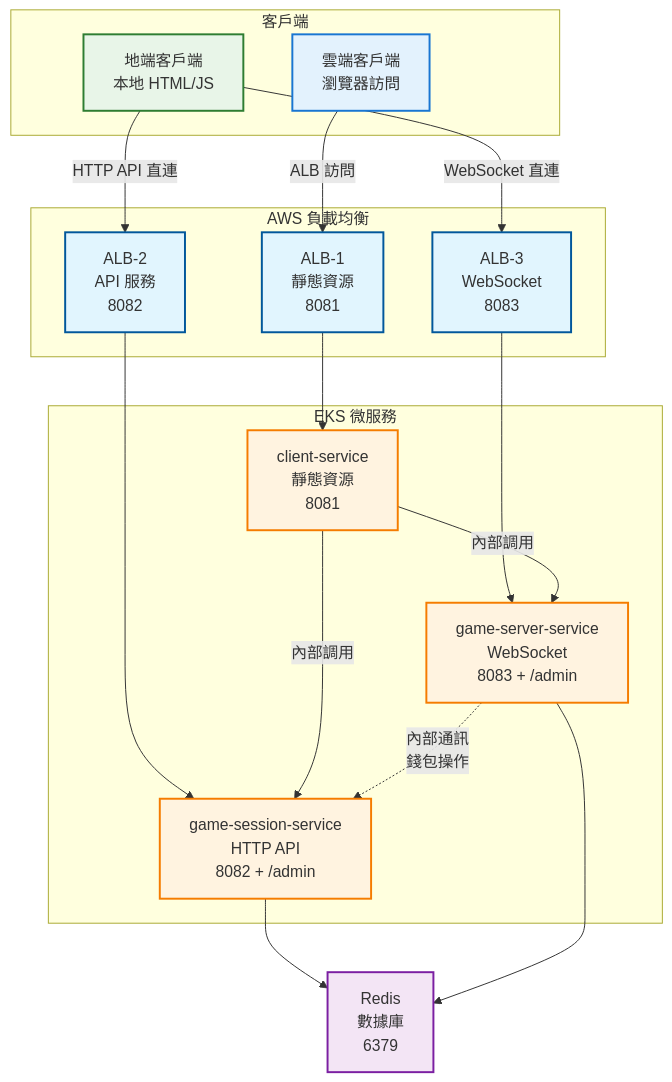
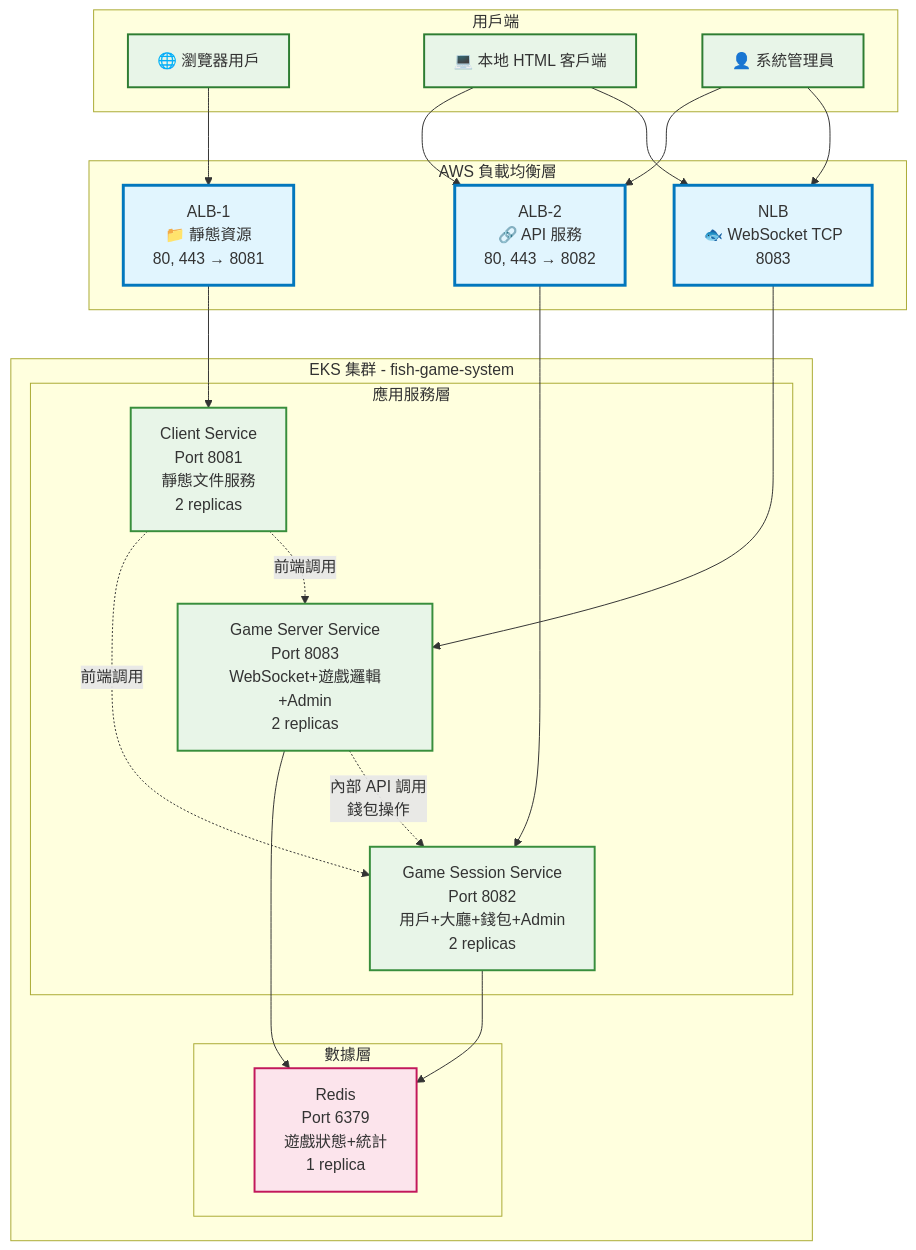
The diagram in README.md (hoycdanny/fish-machine-workshop), drawn with Mermaid before and after one commit. The commit also changed other lines of this file and 27 other files, not shown here.

````diff
--- a/README.md
+++ b/README.md
@@ -20,50 +47,53 @@
 ```mermaid
 graph TB
-    subgraph Client["客戶端"]
-        LocalClient["地端客戶端<br/>本地 HTML/JS"]
-        CloudClient["雲端客戶端<br/>瀏覽器訪問"]
+    subgraph "用戶端"
+        Browser["🌐 瀏覽器用戶"]
+        LocalHTML["💻 本地 HTML 客戶端"]
+        Admin["👤 系統管理員"]
     end
     
-    subgraph "AWS 負載均衡"
-        ALB1["ALB-1<br/>靜態資源<br/>8081"]
-        ALB2["ALB-2<br/>API 服務<br/>8082"]
-        ALB3["ALB-3<br/>WebSocket<br/>8083"]
+    subgraph "AWS 負載均衡層"
+        ALB1["ALB-1<br/>📁 靜態資源<br/>80, 443 → 8081"]
+        ALB2["ALB-2<br/>🔗 API 服務<br/>80, 443 → 8082"]
+        NLB["NLB<br/>🐟 WebSocket TCP<br/>8083"]
     end
     
-    subgraph "EKS 微服務"
-        ClientService["client-service<br/>靜態資源<br/>8081"]
-        GameSessionService["game-session-service<br/>HTTP API<br/>8082 + /admin"]
-        GameServerService["game-server-service<br/>WebSocket<br/>8083 + /admin"]
+    subgraph "EKS 集群 - fish-game-system"
+        subgraph "應用服務層"
+            ClientSvc["Client Service<br/>Port 8081<br/>靜態文件服務<br/>2 replicas"]
+            SessionSvc["Game Session Service<br/>Port 8082<br/>用戶+大廳+錢包+Admin<br/>2 replicas"]
+            ServerSvc["Game Server Service<br/>Port 8083<br/>WebSocket+遊戲邏輯+Admin<br/>2 replicas"]
+        end
+        
+        subgraph "數據層"
+            Redis["Redis<br/>Port 6379<br/>遊戲狀態+統計<br/>1 replica"]
+        end
     end
     
-    Redis["Redis<br/>數據庫<br/>6379"]
+    Browser --> ALB1
+    LocalHTML --> ALB2
+    LocalHTML --> NLB
+    Admin --> ALB2
+    Admin --> NLB
     
-    LocalClient -->|HTTP API 直連| ALB2
-    LocalClient -->|WebSocket 直連| ALB3
+    ALB1 --> ClientSvc
+    ALB2 --> SessionSvc
+    NLB --> ServerSvc
     
-    CloudClient -->|ALB 訪問| ALB1
+    ClientSvc -.->|前端調用| SessionSvc
+    ClientSvc -.->|前端調用| ServerSvc
     
-    ALB1 --> ClientService
-    ALB2 --> GameSessionService
-    ALB3 --> GameServerService
+    SessionSvc --> Redis
+    ServerSvc --> Redis
+    ServerSvc -.->|內部 API 調用<br/>錢包操作| SessionSvc
     
-    ClientService -->|內部調用| GameSessionService
-    ClientService -->|內部調用| GameServerService
+    classDef clientStyle fill:#e8f5e8,stroke:#2e7d32,stroke-width:2px
+    classDef lbStyle fill:#e1f5fe,stroke:#0277bd,stroke-width:3px
+    classDef serviceStyle fill:#e8f5e8,stroke:#388e3c,stroke-width:2px
+    classDef dataStyle fill:#fce4ec,stroke:#c2185b,stroke-width:2px
     
-    GameServerService -.->|內部通訊<br/>錢包操作| GameSessionService
-    
-    GameSessionService --> Redis
-    GameServerService --> Redis
-    
-    classDef local fill:#e8f5e8,stroke:#2e7d32,stroke-width:2px
-    classDef cloud fill:#e3f2fd,stroke:#1976d2,stroke-width:2px
-    classDef alb fill:#e1f5fe,stroke:#01579b,stroke-width:2px
-    classDef service fill:#fff3e0,stroke:#f57c00,stroke-width:2px
-    classDef data fill:#f3e5f5,stroke:#7b1fa2,stroke-width:2px
-    
-    class LocalClient local
-    class CloudClient cloud
-    class ALB1,ALB2,ALB3 alb
-    class ClientService,GameSessionService,GameServerService service
-    class Redis data
+    class Browser,LocalHTML,Admin clientStyle
+    class ALB1,ALB2,NLB lbStyle
+    class ClientSvc,SessionSvc,ServerSvc serviceStyle
+    class Redis dataStyle
 ```
````
